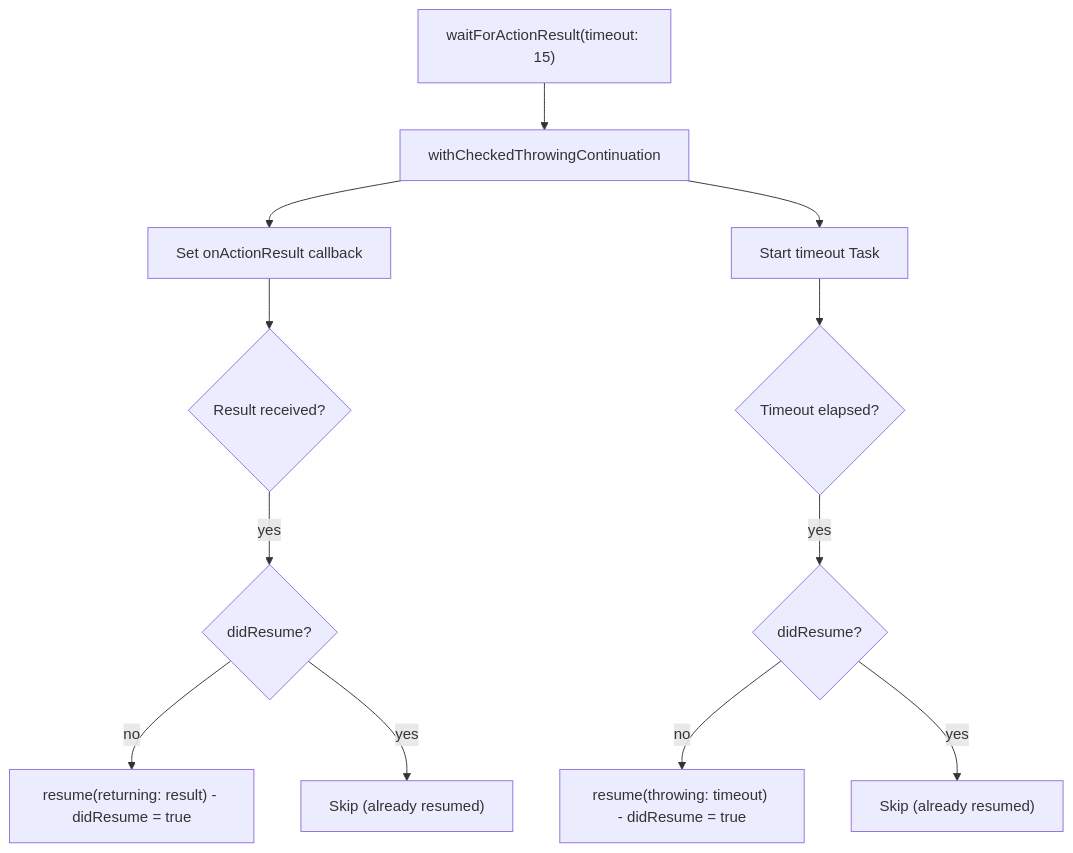
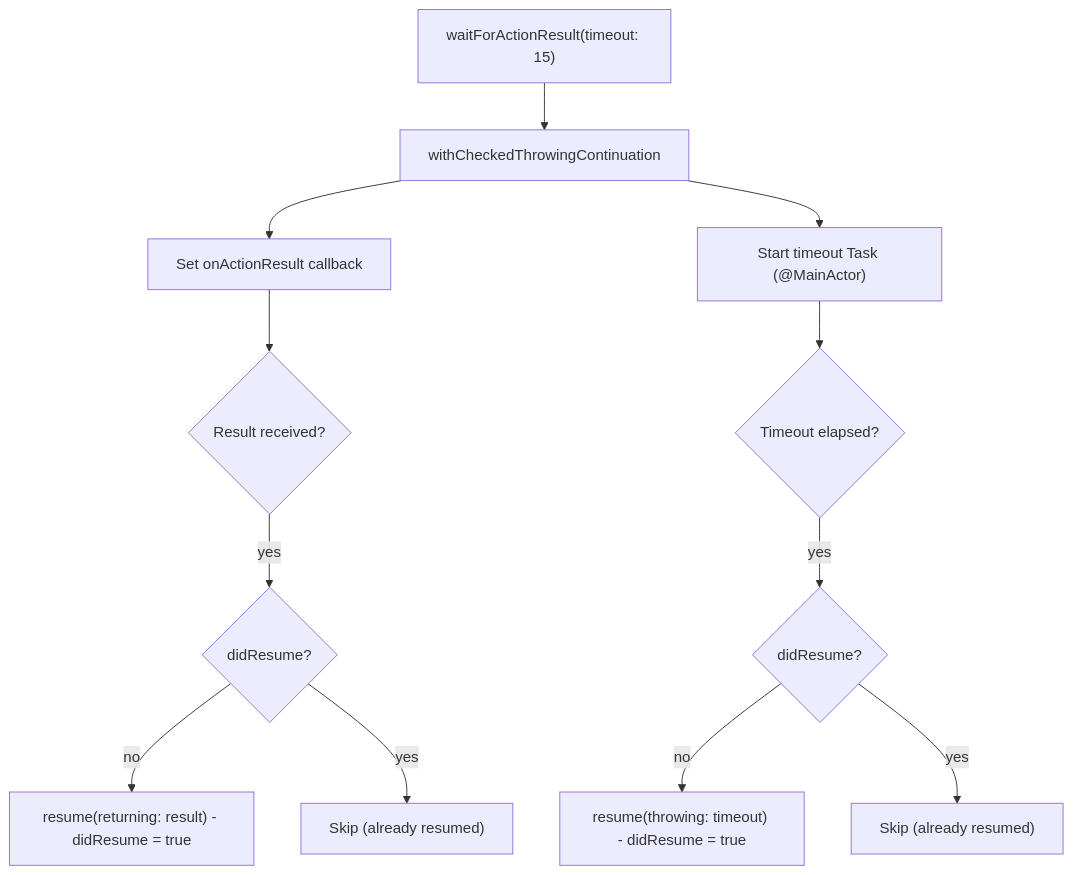
The third of 3 diagrams in docs/dossiers/09-THECLIENT.md (RoyalPineapple/TheButtonHeist), drawn with Mermaid before and after one commit. The commit also changed other lines of this file and 4 other files, not shown here.

````diff
--- a/docs/dossiers/09-THECLIENT.md
+++ b/docs/dossiers/09-THECLIENT.md
@@ -103,17 +81,17 @@
 ```mermaid
 flowchart TD
     Call["waitForActionResult(timeout: 15)"]
     Call --> Setup["withCheckedThrowingContinuation"]
     Setup --> Hook["Set onActionResult callback"]
-    Setup --> Timer["Start timeout Task"]
+    Setup --> Timer["Start timeout Task (@MainActor)"]
 
     Hook --> Result{"Result received?"}
     Result -->|yes| Check{"didResume?"}
     Check -->|no| Resume1["resume(returning: result) - didResume = true"]
     Check -->|yes| Skip1["Skip (already resumed)"]
 
     Timer --> Timeout{"Timeout elapsed?"}
     Timeout -->|yes| Check2{"didResume?"}
     Check2 -->|no| Resume2["resume(throwing: timeout) - didResume = true"]
     Check2 -->|yes| Skip2["Skip (already resumed)"]
 ```
````
